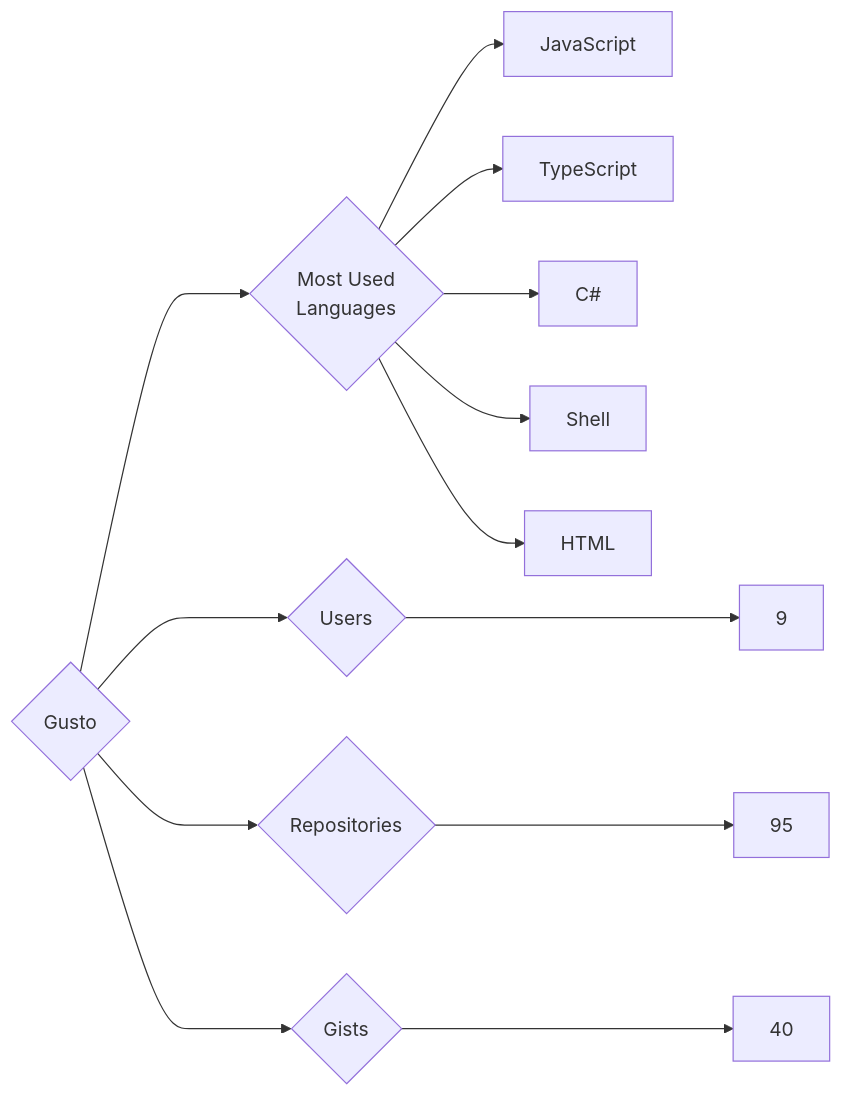
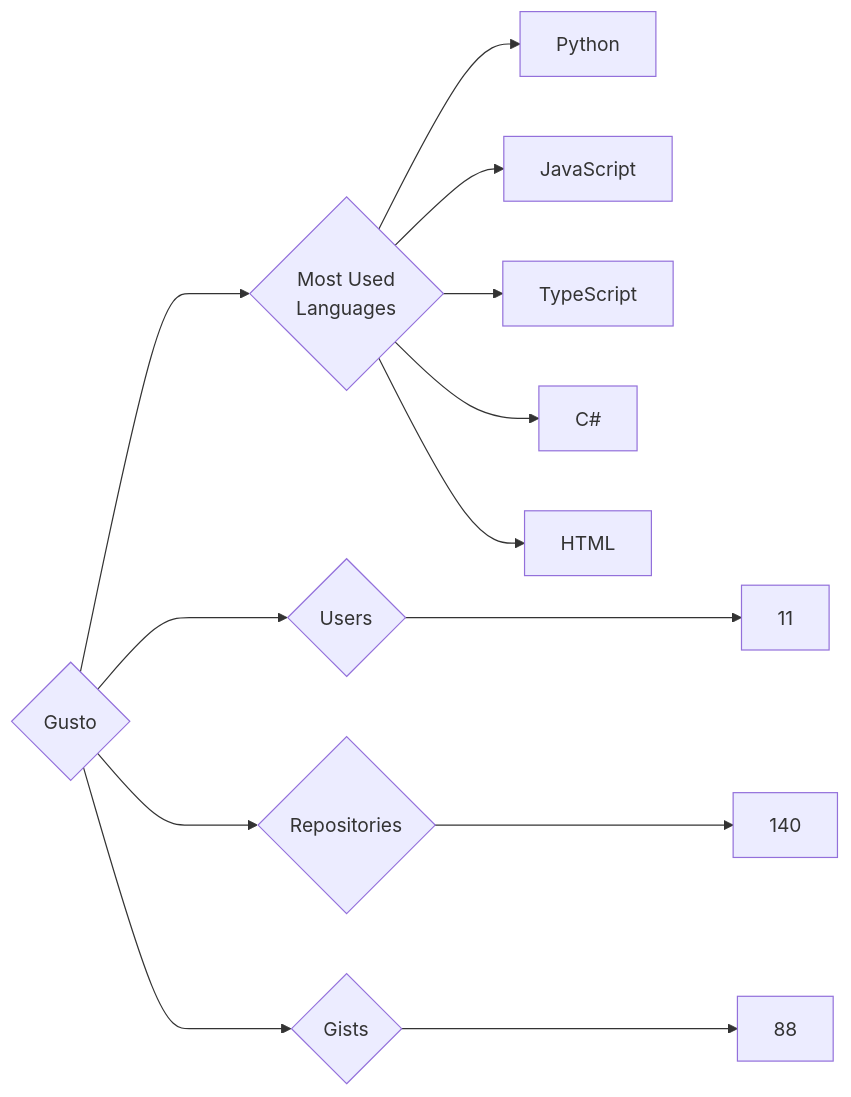
Before and after one commit to trickest/insiders: the diagram in targets/Gusto/README.md, drawn with Mermaid. The commit also changed 1030 other files, not shown here.

````diff
--- a/targets/Gusto/README.md
+++ b/targets/Gusto/README.md
@@ -3,13 +3,13 @@
 ```mermaid
 graph LR
 COMPANY_NAME{Gusto}
-COMPANY_NAME ---> U{Users} ---> UN[9]
-COMPANY_NAME ---> R{Repositories} ---> RN[95]
-COMPANY_NAME ---> G{Gists} ---> GN[40]
+COMPANY_NAME ---> U{Users} ---> UN[11]
+COMPANY_NAME ---> R{Repositories} ---> RN[140]
+COMPANY_NAME ---> G{Gists} ---> GN[88]
 COMPANY_NAME ---> ML{Most Used<br>Languages}
+ML --> Python[Python]
 ML --> JavaScript[JavaScript]
 ML --> TypeScript[TypeScript]
 ML --> C#[C#]
-ML --> Shell[Shell]
 ML --> HTML[HTML]
 ```
````
